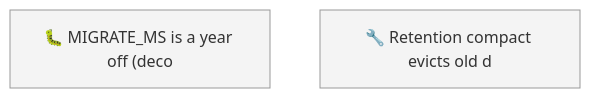
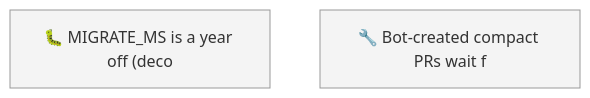
Before and after one commit to SpillwaveSolutions/wiki_ticket_sdd: the first of 2 diagrams in docs/roadmap.md, drawn with Mermaid. The commit also changed other lines of this file and 26 other files, not shown here.

First line of the commit message:
feat: compact archives old closed items, never deletes (01M19XRRZ2894K7XE59RX1EAY1)

````diff
--- a/docs/roadmap.md
+++ b/docs/roadmap.md
@@ -52,7 +52,7 @@
 ```mermaid
 graph TD
     01M19XRRWXHM72JBY29FQRRMEJ["🐛 MIGRATE_MS is a year off (deco"]
-    01M19XRRZ2894K7XE59RX1EAY1["🔧 Retention compact evicts old d"]
+    01M1A0SNQQYZHGR7P8R35YFR71["🔧 Bot-created compact PRs wait f"]
     classDef todo fill:#f4f4f4,stroke:#999999
-    class 01M19XRRWXHM72JBY29FQRRMEJ,01M19XRRZ2894K7XE59RX1EAY1 todo
+    class 01M19XRRWXHM72JBY29FQRRMEJ,01M1A0SNQQYZHGR7P8R35YFR71 todo
 ```
````
